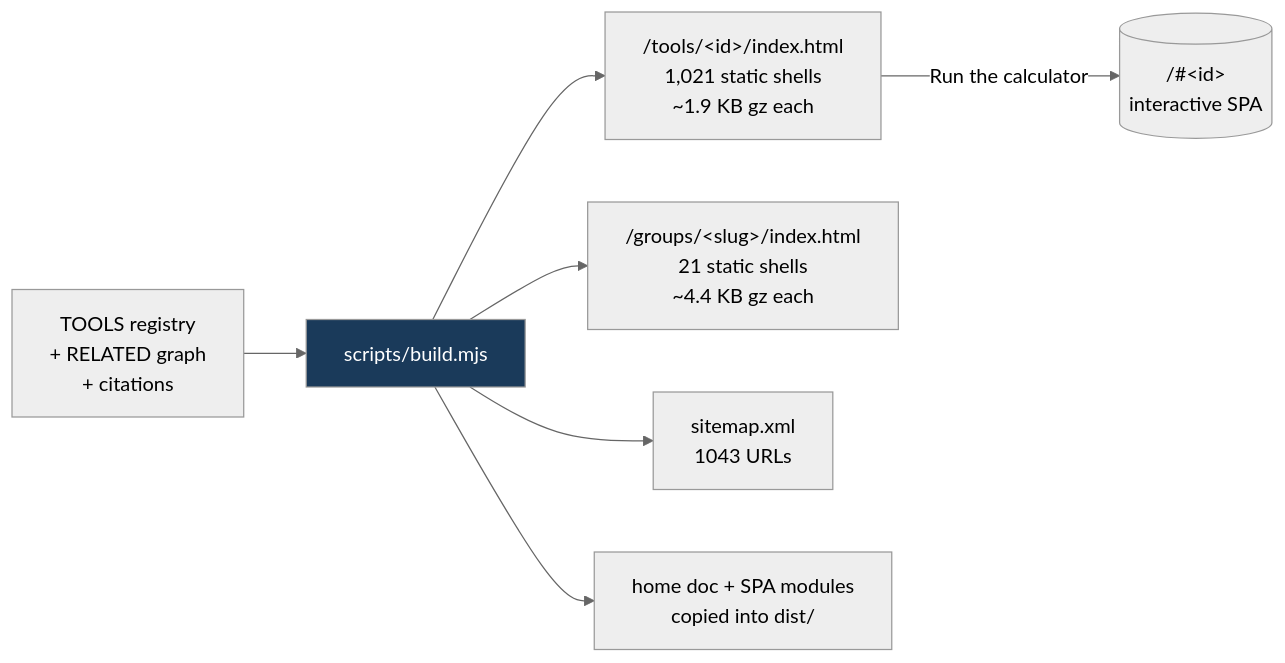
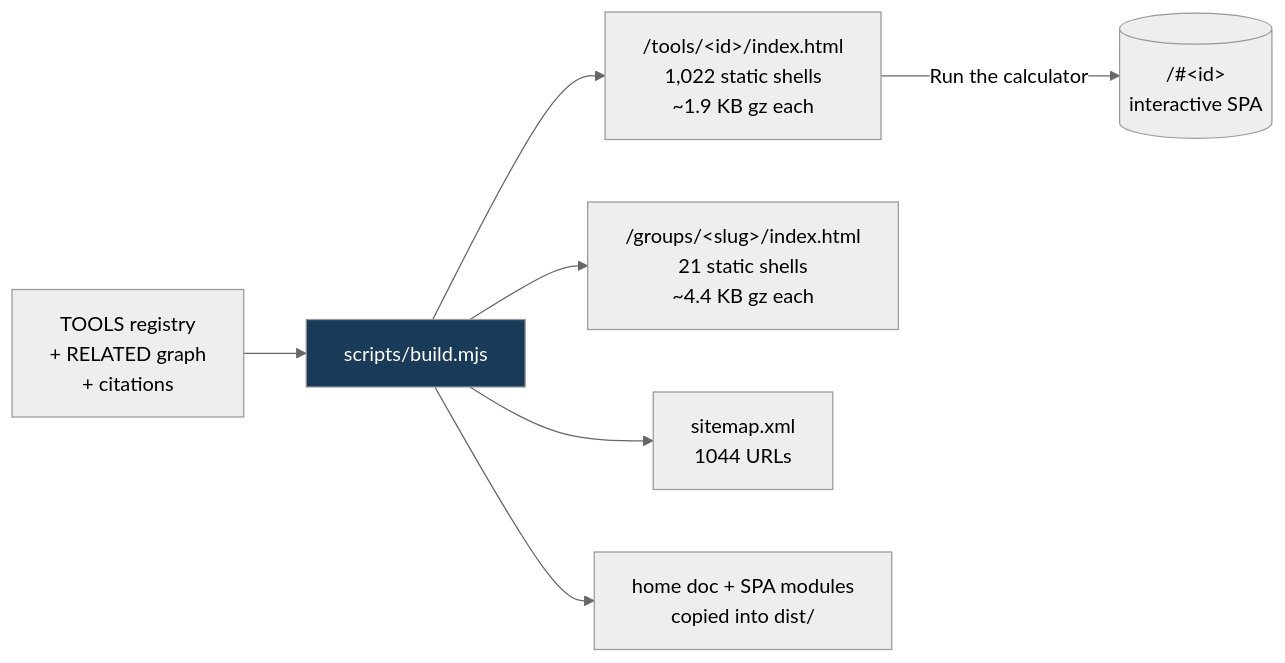
The fifth of 8 diagrams in README.md (clay-good/roughlogic.com), drawn with Mermaid (neutral theme) before and after one commit. The commit also changed other lines of this file and 13 other files, not shown here.

````diff
--- a/README.md
+++ b/README.md
@@ -495,10 +495,10 @@
 ```mermaid
 flowchart LR
     SRC[TOOLS registry\n+ RELATED graph\n+ citations] --> BUILD[scripts/build.mjs]
-    BUILD --> TILE["/tools/&lt;id&gt;/index.html\n1,021 static shells\n~1.9 KB gz each"]
+    BUILD --> TILE["/tools/&lt;id&gt;/index.html\n1,022 static shells\n~1.9 KB gz each"]
     BUILD --> GROUP["/groups/&lt;slug&gt;/index.html\n21 static shells\n~4.4 KB gz each"]
-    BUILD --> MAP["sitemap.xml\n1043 URLs"]
+    BUILD --> MAP["sitemap.xml\n1044 URLs"]
     BUILD --> COPY[home doc + SPA modules\ncopied into dist/]
     TILE -->|Run the calculator| SPA[("/#&lt;id&gt;\ninteractive SPA")]
     style BUILD fill:#1a3a5a,color:#fff
 ```
````
